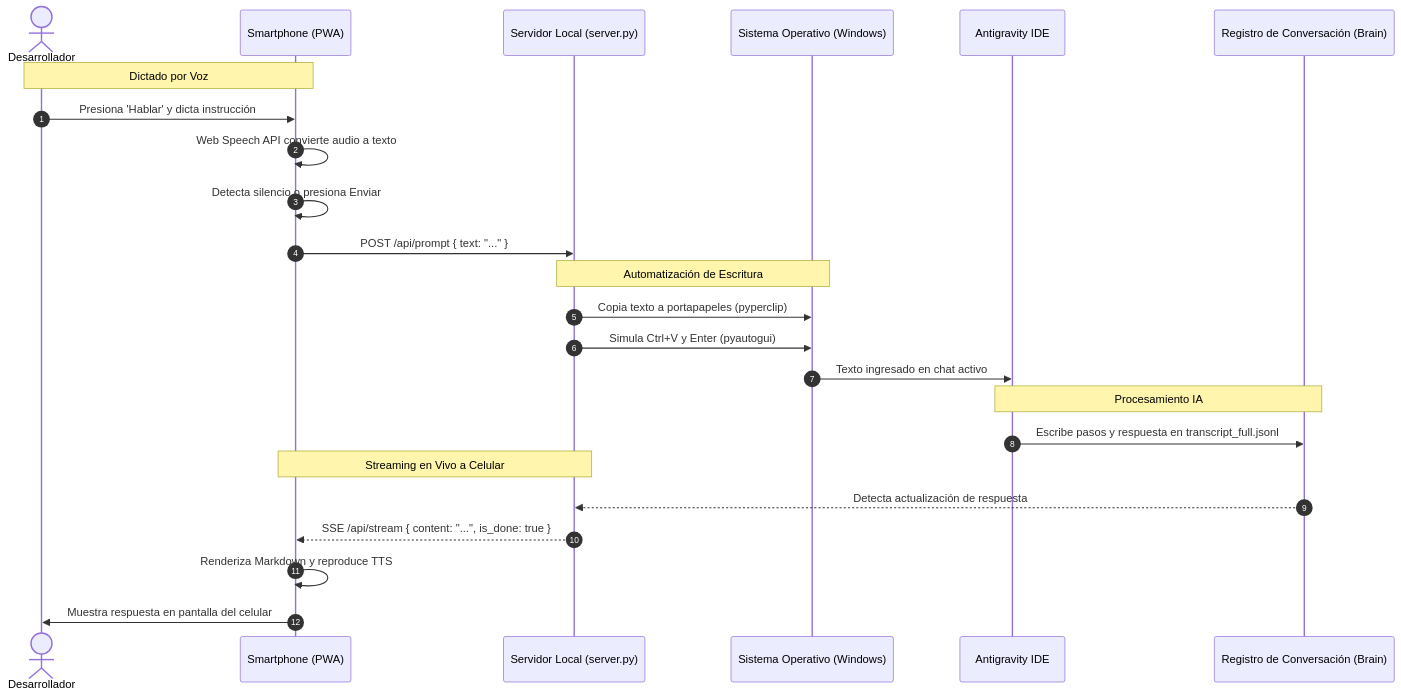
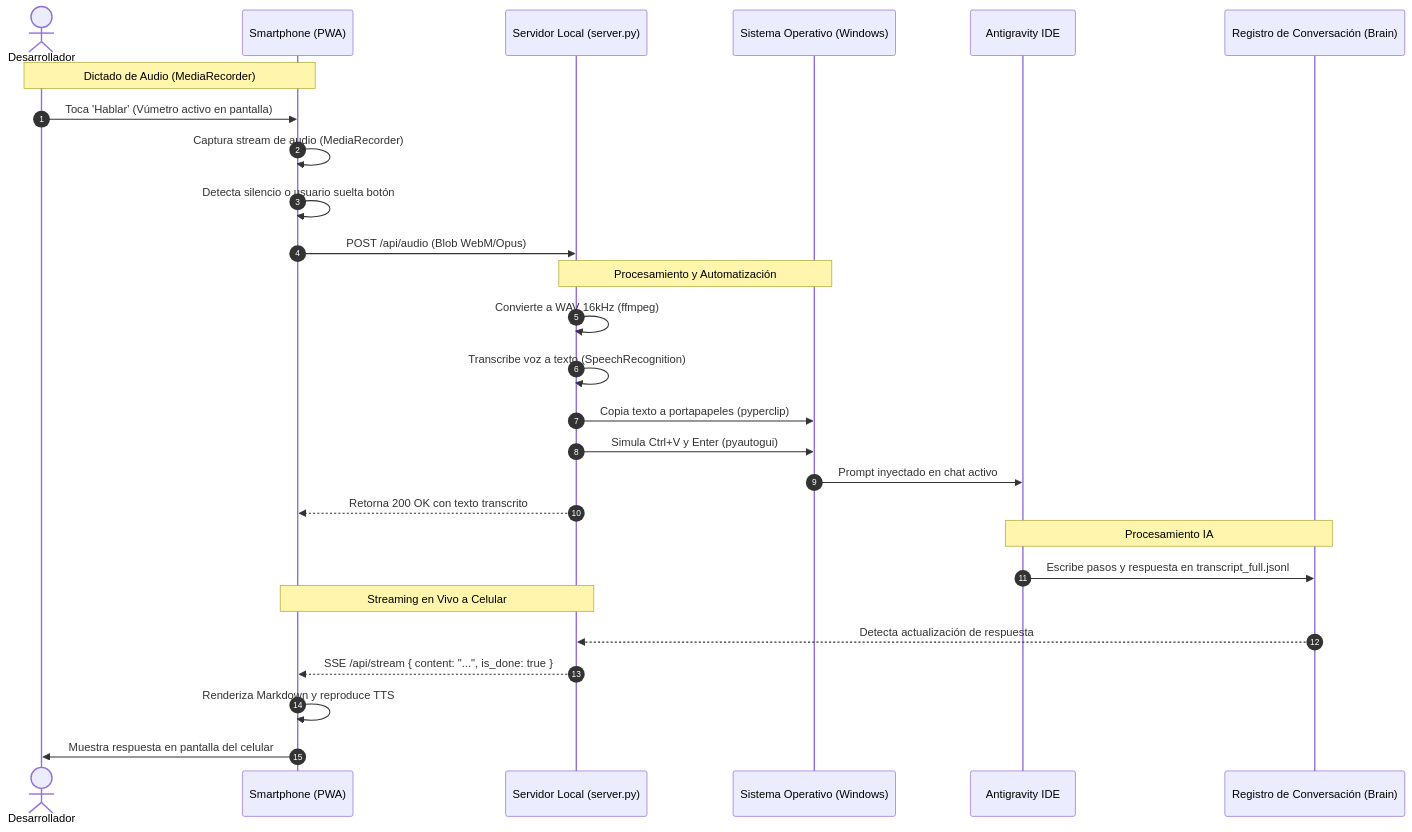
One commit to jbastardo/web-tecnoservicio changed the diagram in Antispeech/mapa_conceptual.md. Above: the diagram before and after it, drawn with Mermaid. The commit also changed other lines of this file and 3 other files, not shown here.

````diff
--- a/Antispeech/mapa_conceptual.md
+++ b/Antispeech/mapa_conceptual.md
@@ -23,30 +26,33 @@
 ```mermaid
 sequenceDiagram
     autonumber
     actor Dev as Desarrollador
     participant Phone as Smartphone (PWA)
     participant Server as Servidor Local (server.py)
     participant OS as Sistema Operativo (Windows)
     participant IDE as Antigravity IDE
     participant Brain as Registro de Conversación (Brain)
 
-    Note over Dev,Phone: Dictado por Voz
-    Dev->>Phone: Presiona 'Hablar' y dicta instrucción
-    Phone->>Phone: Web Speech API convierte audio a texto
-    Phone->>Phone: Detecta silencio o presiona Enviar
-    Phone->>Server: POST /api/prompt { text: "..." }
+    Note over Dev,Phone: Dictado de Audio (MediaRecorder)
+    Dev->>Phone: Toca 'Hablar' (Vúmetro activo en pantalla)
+    Phone->>Phone: Captura stream de audio (MediaRecorder)
+    Phone->>Phone: Detecta silencio o usuario suelta botón
+    Phone->>Server: POST /api/audio (Blob WebM/Opus)
     
-    Note over Server,OS: Automatización de Escritura
+    Note over Server,OS: Procesamiento y Automatización
+    Server->>Server: Convierte a WAV 16kHz (ffmpeg)
+    Server->>Server: Transcribe voz a texto (SpeechRecognition)
     Server->>OS: Copia texto a portapapeles (pyperclip)
     Server->>OS: Simula Ctrl+V y Enter (pyautogui)
-    OS->>IDE: Texto ingresado en chat activo
+    OS->>IDE: Prompt inyectado en chat activo
+    Server-->>Phone: Retorna 200 OK con texto transcrito
     
     Note over IDE,Brain: Procesamiento IA
     IDE->>Brain: Escribe pasos y respuesta en transcript_full.jsonl
     
     Note over Server,Phone: Streaming en Vivo a Celular
     Brain-->>Server: Detecta actualización de respuesta
     Server-->>Phone: SSE /api/stream { content: "...", is_done: true }
     Phone->>Phone: Renderiza Markdown y reproduce TTS
     Phone->>Dev: Muestra respuesta en pantalla del celular
 ```
````
